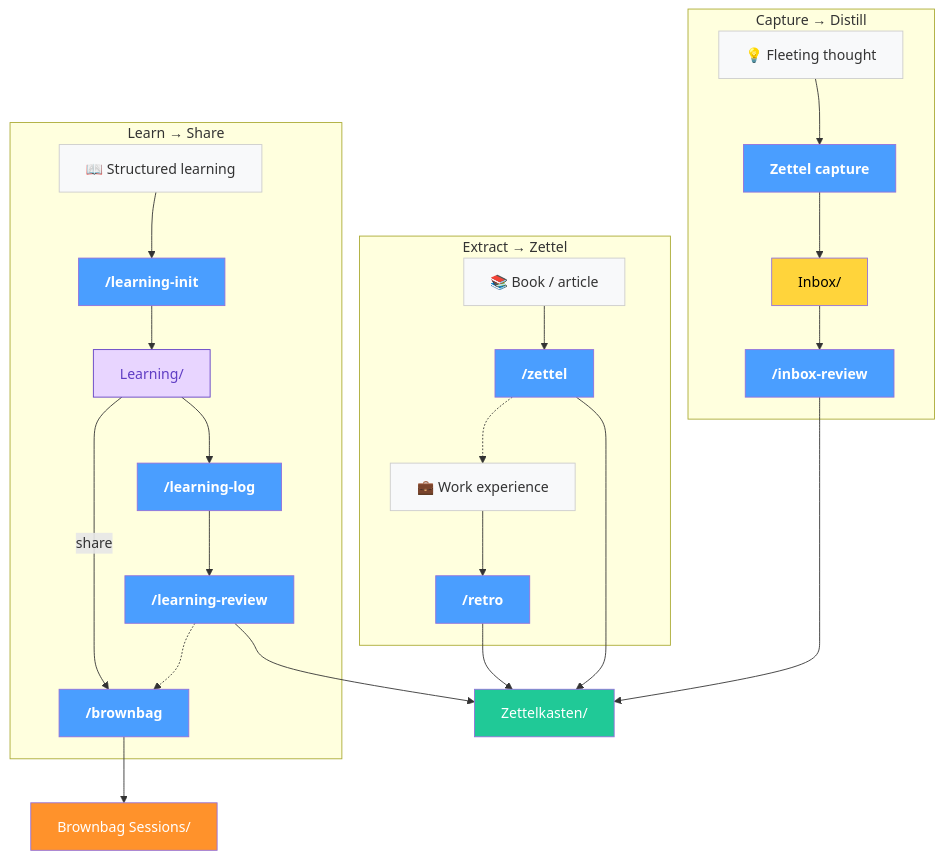
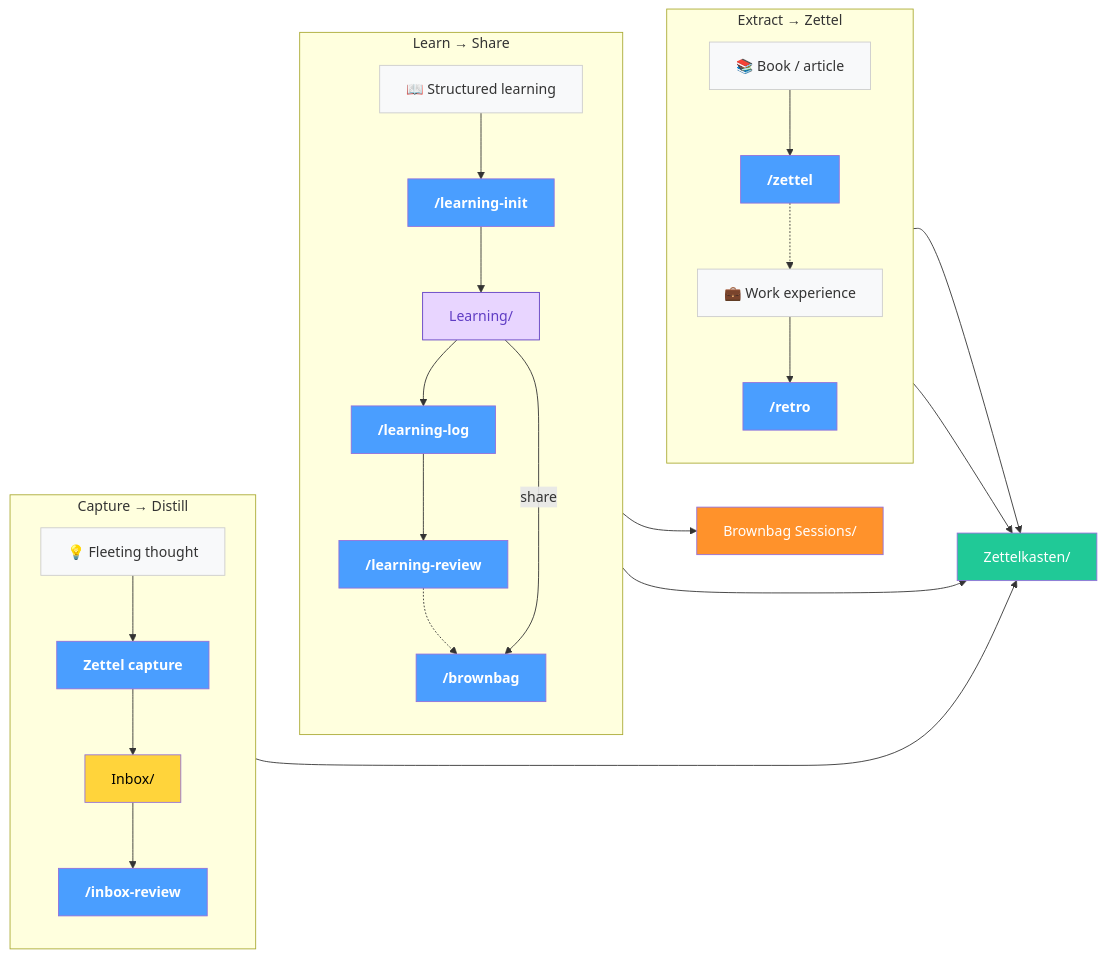
The third of 3 diagrams in README.md (yepengfan/obsidian-workflow), drawn with Mermaid before and after one commit.

Commit message:
Fix Knowledge Flow diagram subgraph ordering with LR layout
Switch top-level flowchart to LR (left-to-right) so subgraph column
order is deterministic: Capture (left) → Learn (center) → Extract (right).
Each subgraph uses direction TB internally for vertical chains.

````diff
--- a/README.md
+++ b/README.md
@@ -106,39 +106,42 @@
 ```mermaid
-flowchart TD
+flowchart LR
     classDef cmd fill:#4a9eff,color:#fff,font-weight:bold
     classDef store fill:#20c997,color:#fff
     classDef inbox fill:#ffd43b,color:#000
     classDef source fill:#f8f9fa,color:#333,stroke:#ccc
     classDef plan fill:#e8d5ff,color:#5f3dc4,stroke:#5f3dc4
     classDef output fill:#ff922b,color:#fff
 
     subgraph capture ["Capture → Distill"]
+        direction TB
         THOUGHT["💡 Fleeting thought"]:::source
         THOUGHT --> BTN["Zettel capture"]:::cmd
         BTN --> INBOX["Inbox/"]:::inbox
         INBOX --> IR["/inbox-review"]:::cmd
     end
 
     subgraph learn ["Learn → Share"]
+        direction TB
         COURSE["📖 Structured learning"]:::source --> LI["/learning-init"]:::cmd
         LI --> PLAN["Learning/"]:::plan
         PLAN --> LL["/learning-log"]:::cmd
         LL --> LR["/learning-review"]:::cmd
         LR -.-> BB["/brownbag"]:::cmd
     end
 
     subgraph extract ["Extract → Zettel"]
+        direction TB
         BOOK["📚 Book / article"]:::source --> ZT["/zettel"]:::cmd
         ZT -.-> WORK_EXP["💼 Work experience"]:::source
         WORK_EXP --> RT["/retro"]:::cmd
     end
 
-    THOUGHT ~~~ COURSE ~~~ BOOK
+    capture ~~~ learn ~~~ extract
 
     IR --> ZK["Zettelkasten/"]:::store
     ZT --> ZK
     RT --> ZK
     LR --> ZK
     PLAN -->|share| BB
     BB --> BBS["Brownbag Sessions/"]:::output
 ```
````
